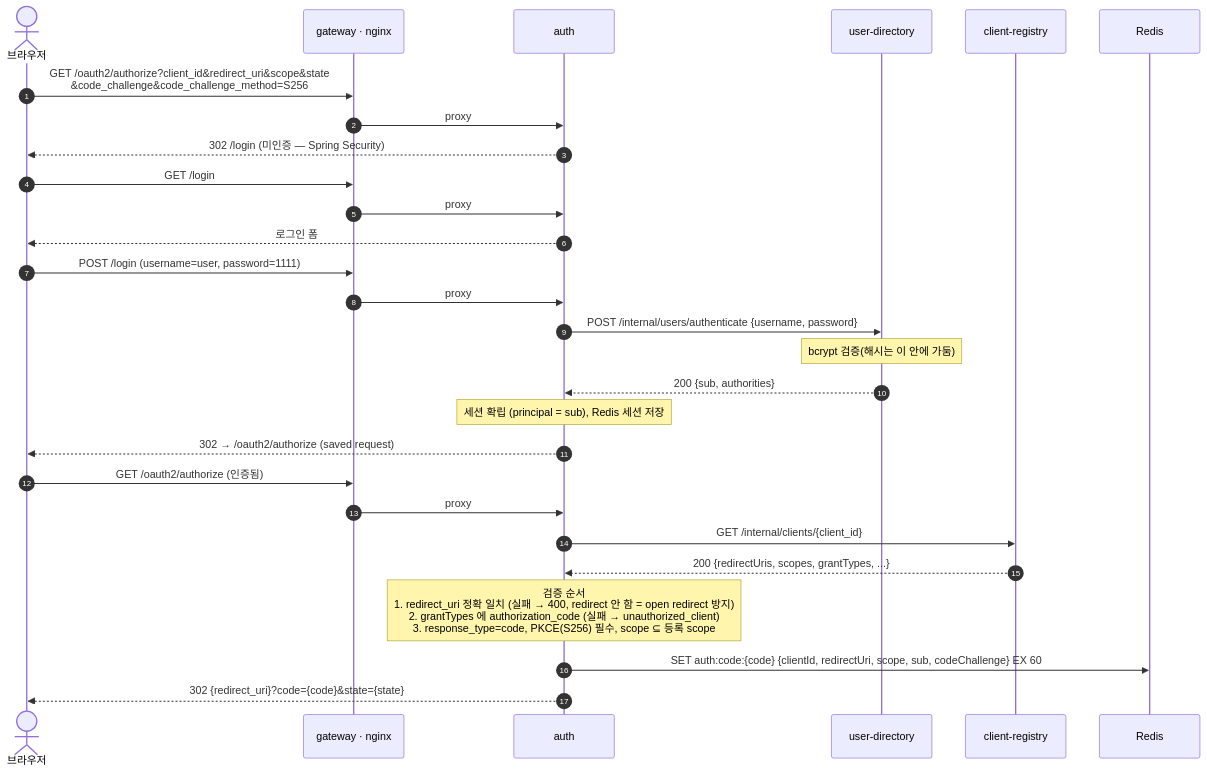
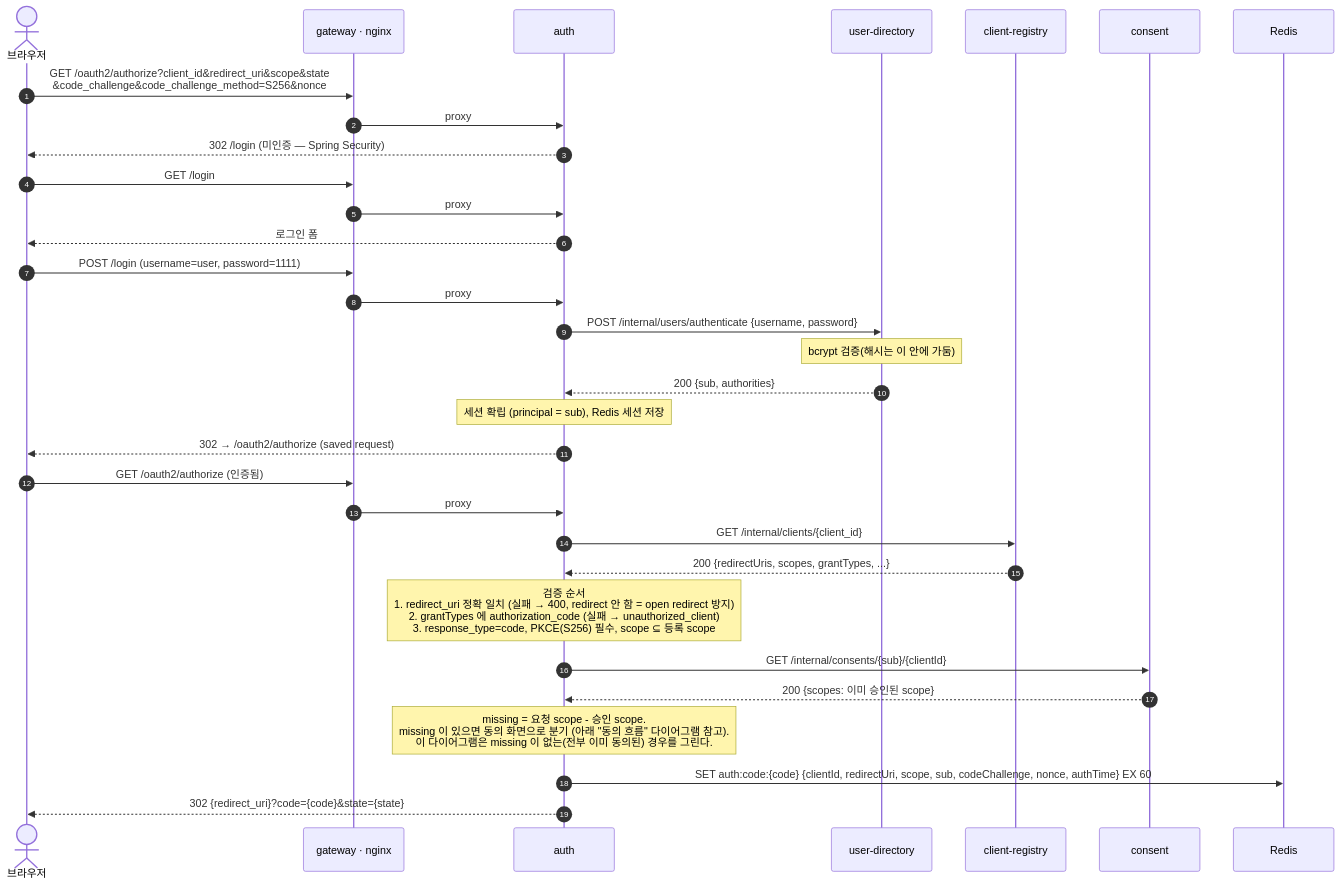
Before and after one commit to starryeye/spring-security: the second of 6 diagrams in oauth-2/authorization-server/practice/microservice/README.md, drawn with Mermaid. The commit also changed other lines of this file and 1 other file, not shown here.

````diff
--- a/oauth-2/authorization-server/practice/microservice/README.md
+++ b/oauth-2/authorization-server/practice/microservice/README.md
@@ -128,34 +144,38 @@
 ```mermaid
 sequenceDiagram
     autonumber
     actor B as 브라우저
     participant G as gateway · nginx
     participant A as auth
     participant U as user-directory
     participant C as client-registry
+    participant CS as consent
     participant R as Redis
 
-    B->>G: GET /oauth2/authorize?client_id&redirect_uri&scope&state<br/>&code_challenge&code_challenge_method=S256
+    B->>G: GET /oauth2/authorize?client_id&redirect_uri&scope&state<br/>&code_challenge&code_challenge_method=S256&nonce
     G->>A: proxy
     A-->>B: 302 /login (미인증 — Spring Security)
 
     B->>G: GET /login
     G->>A: proxy
     A-->>B: 로그인 폼
 
     B->>G: POST /login (username=user, password=1111)
     G->>A: proxy
     A->>U: POST /internal/users/authenticate {username, password}
     Note over U: bcrypt 검증(해시는 이 안에 가둠)
     U-->>A: 200 {sub, authorities}
     Note over A: 세션 확립 (principal = sub), Redis 세션 저장
     A-->>B: 302 → /oauth2/authorize (saved request)
 
     B->>G: GET /oauth2/authorize (인증됨)
     G->>A: proxy
     A->>C: GET /internal/clients/{client_id}
     C-->>A: 200 {redirectUris, scopes, grantTypes, ...}
     Note over A: 검증 순서<br/>1. redirect_uri 정확 일치 (실패 → 400, redirect 안 함 = open redirect 방지)<br/>2. grantTypes 에 authorization_code (실패 → unauthorized_client)<br/>3. response_type=code, PKCE(S256) 필수, scope ⊆ 등록 scope
-    A->>R: SET auth:code:{code} {clientId, redirectUri, scope, sub, codeChallenge} EX 60
+    A->>CS: GET /internal/consents/{sub}/{clientId}
+    CS-->>A: 200 {scopes: 이미 승인된 scope}
+    Note over A: missing = 요청 scope - 승인 scope.<br/>missing 이 있으면 동의 화면으로 분기 (아래 "동의 흐름" 다이어그램 참고).<br/>이 다이어그램은 missing 이 없는(전부 이미 동의된) 경우를 그린다.
+    A->>R: SET auth:code:{code} {clientId, redirectUri, scope, sub, codeChallenge, nonce, authTime} EX 60
     A-->>B: 302 {redirect_uri}?code={code}&state={state}
 ```
````
